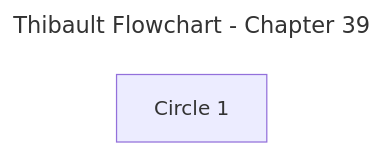
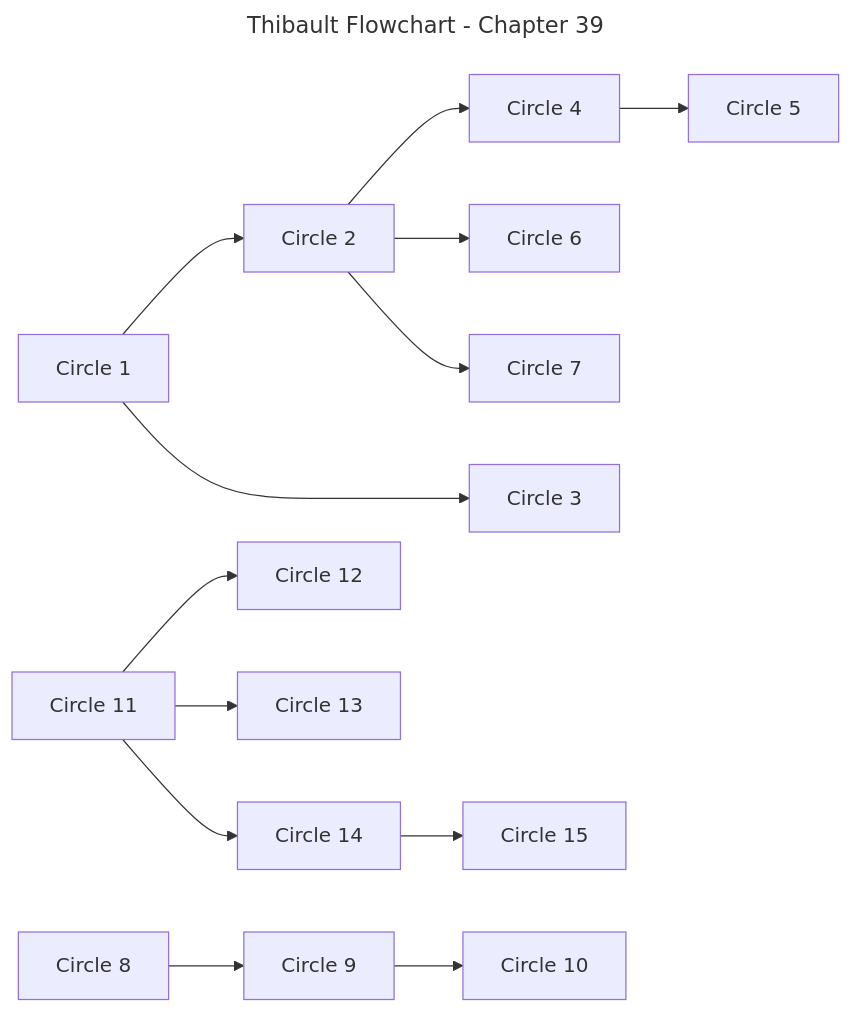
The diagram in flowchart-per-chapter/chapter-39.mmd (aquesnel/thibault-flowchart), drawn with Mermaid before and after one commit.

Commit message:
feat(ch39): initial flowchart of the circles

```diff
--- a/flowchart-per-chapter/chapter-39.mmd
+++ b/flowchart-per-chapter/chapter-39.mmd
@@ -1,10 +1,38 @@
 ---
 title: Thibault Flowchart - Chapter 39
 config:
   layout: dagre
   flowchart:
     htmlLabels: false
 ---
 flowchart LR
 	%% Nodes
 	B2_T08_C01["Circle 1"]
+	B2_T08_C02["Circle 2"]
+	B2_T08_C03["Circle 3"]
+	B2_T08_C04["Circle 4"]
+	B2_T08_C05["Circle 5"]
+	B2_T08_C06["Circle 6"]
+	B2_T08_C07["Circle 7"]
+	B2_T08_C08["Circle 8"]
+	B2_T08_C09["Circle 9"]
+	B2_T08_C10["Circle 10"]
+	B2_T08_C11["Circle 11"]
+	B2_T08_C12["Circle 12"]
+	B2_T08_C13["Circle 13"]
+	B2_T08_C14["Circle 14"]
+	B2_T08_C15["Circle 15"]
+
+	%% Edges
+	B2_T08_C01 --> B2_T08_C02
+	B2_T08_C01 ---> B2_T08_C03
+	B2_T08_C02 --> B2_T08_C04
+	B2_T08_C04 --> B2_T08_C05
+	B2_T08_C02 --> B2_T08_C06
+	B2_T08_C02 --> B2_T08_C07
+	B2_T08_C08 --> B2_T08_C09
+	B2_T08_C09 --> B2_T08_C10
+	B2_T08_C11 --> B2_T08_C12
+	B2_T08_C11 --> B2_T08_C13
+	B2_T08_C11 --> B2_T08_C14
+	B2_T08_C14 --> B2_T08_C15
```
